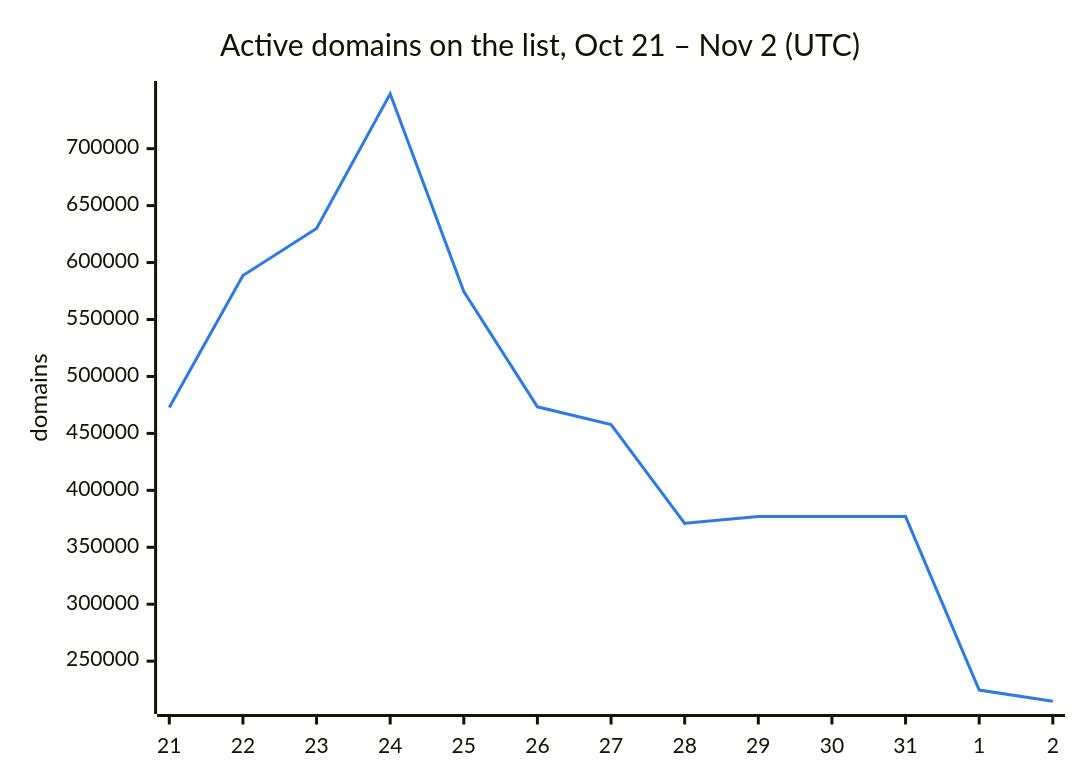
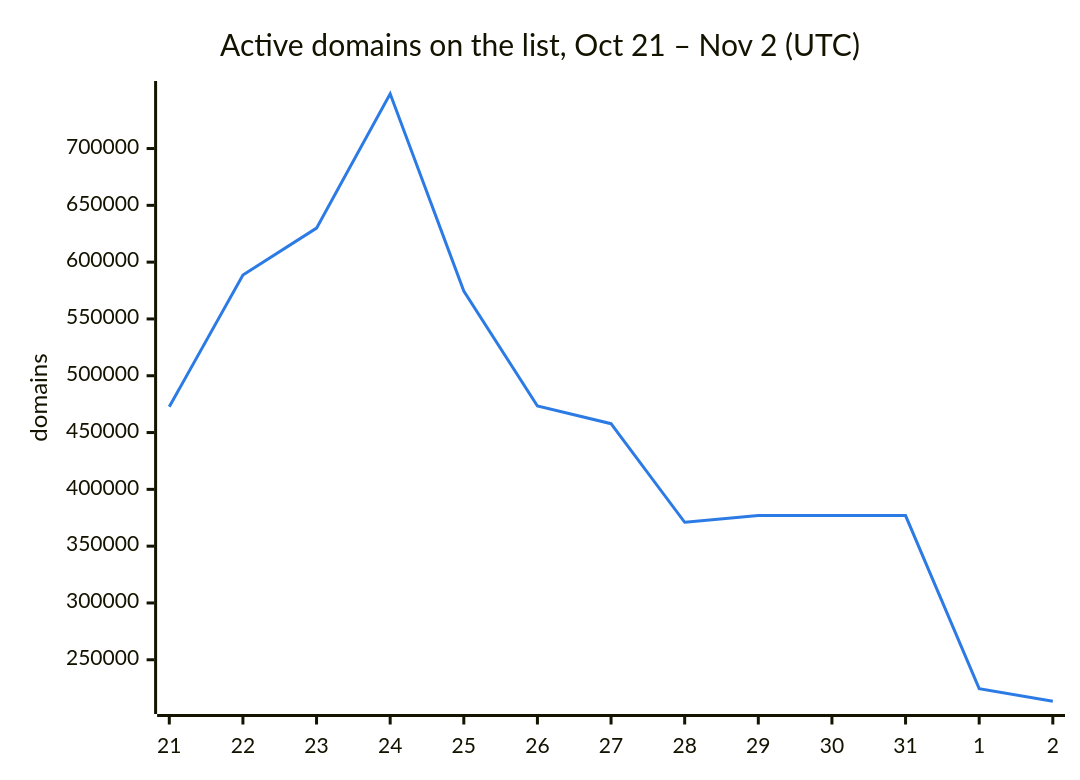
The second of 3 diagrams in README.md (DNSBunker/CTI), drawn with Mermaid before and after one commit. The commit also changed other lines of this file and 3 other files, not shown here.

````diff
--- a/README.md
+++ b/README.md
@@ -38,8 +38,8 @@
 ```mermaid
 %%{init: {"themeVariables": {"xyChart": {"plotColorPalette": "#2c7be5"}}}}%%
 xychart-beta
     title "Active domains on the list, Oct 21 – Nov 2 (UTC)"
     x-axis ["21", "22", "23", "24", "25", "26", "27", "28", "29", "30", "31", "1", "2"]
     y-axis "domains"
-    line [472713, 588659, 629951, 748222, 574614, 473331, 457795, 371010, 376945, 376945, 376945, 224607, 214809]
+    line [472713, 588659, 629951, 748222, 574614, 473331, 457795, 371010, 376945, 376945, 376945, 224607, 213482]
 ```
````
